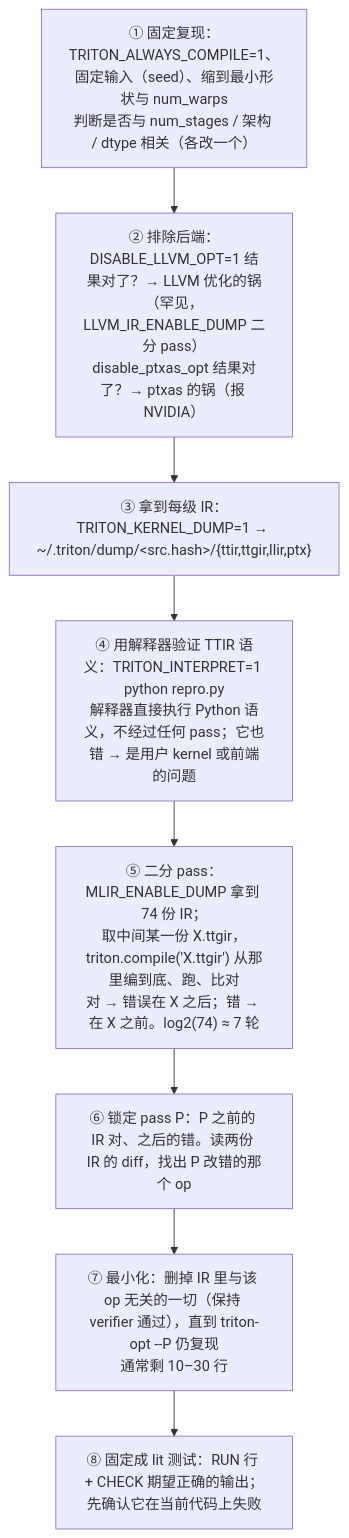
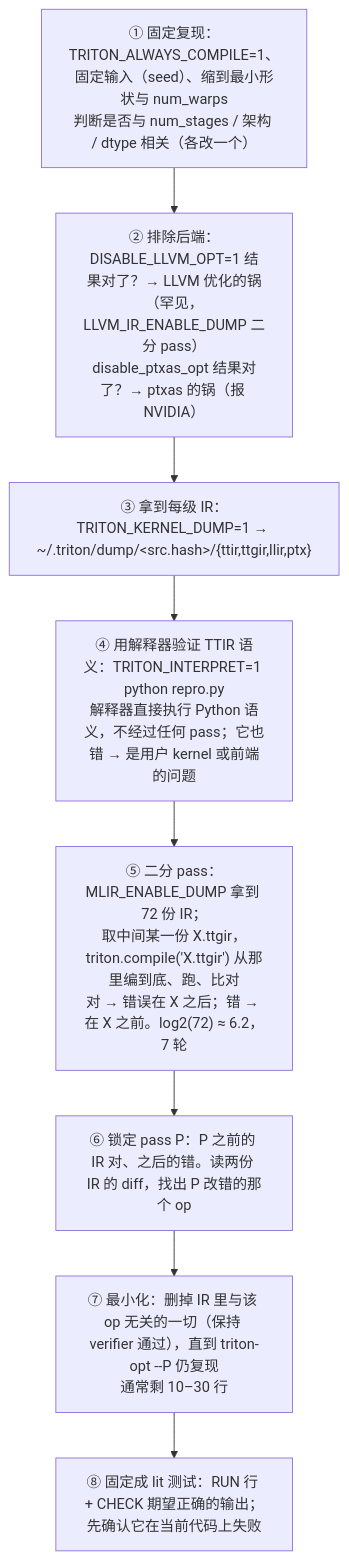
Before and after one commit to arganzheng/arganzheng.github.com: the diagram in _posts/2026-12-04-ml-compiler-developer-workbench.md, drawn with Mermaid. The commit also changed other lines of this file and 1 other file, not shown here.

First line of the commit message:
ML 编译器 13 工作台：MLIR_ENABLE_DUMP 次数 74/148 → 72，按第五篇 matmul_kernel + Triton v3.8.0 sm_80 实测

````diff
--- a/_posts/2026-12-04-ml-compiler-developer-workbench.md
+++ b/_posts/2026-12-04-ml-compiler-developer-workbench.md
@@ -121,13 +123,13 @@
 ```mermaid
 %% 图：结果不符的二分步骤：固定复现 → 排除 LLVM / ptxas → dump 每级 IR → 用解释器验证 TTIR 语义 → 二分 pass
 flowchart TB
     s0["① 固定复现：TRITON_ALWAYS_COMPILE=1、固定输入（seed）、缩到最小形状与 num_warps<br/>判断是否与 num_stages / 架构 / dtype 相关（各改一个）"]
     s1["② 排除后端：DISABLE_LLVM_OPT=1 结果对了？→ LLVM 优化的锅（罕见，LLVM_IR_ENABLE_DUMP 二分 pass）<br/>disable_ptxas_opt 结果对了？→ ptxas 的锅（报 NVIDIA）"]
     s2["③ 拿到每级 IR：TRITON_KERNEL_DUMP=1 → ~/.triton/dump/&lt;src.hash&gt;/{ttir,ttgir,llir,ptx}"]
     s3["④ 用解释器验证 TTIR 语义：TRITON_INTERPRET=1 python repro.py<br/>解释器直接执行 Python 语义，不经过任何 pass；它也错 → 是用户 kernel 或前端的问题"]
-    s4["⑤ 二分 pass：MLIR_ENABLE_DUMP 拿到 74 份 IR；<br/>取中间某一份 X.ttgir，triton.compile('X.ttgir') 从那里编到底、跑、比对<br/>对 → 错误在 X 之后；错 → 在 X 之前。log2(74) ≈ 7 轮"]
+    s4["⑤ 二分 pass：MLIR_ENABLE_DUMP 拿到 72 份 IR；<br/>取中间某一份 X.ttgir，triton.compile('X.ttgir') 从那里编到底、跑、比对<br/>对 → 错误在 X 之后；错 → 在 X 之前。log2(72) ≈ 6.2，7 轮"]
     s5["⑥ 锁定 pass P：P 之前的 IR 对、之后的错。读两份 IR 的 diff，找出 P 改错的那个 op"]
     s6["⑦ 最小化：删掉 IR 里与该 op 无关的一切（保持 verifier 通过），直到 triton-opt --P 仍复现<br/>通常剩 10–30 行"]
     s7["⑧ 固定成 lit 测试：RUN 行 + CHECK 期望正确的输出；先确认它在当前代码上失败"]
     s0 --> s1 --> s2 --> s3 --> s4 --> s5 --> s6 --> s7
 ```
````
